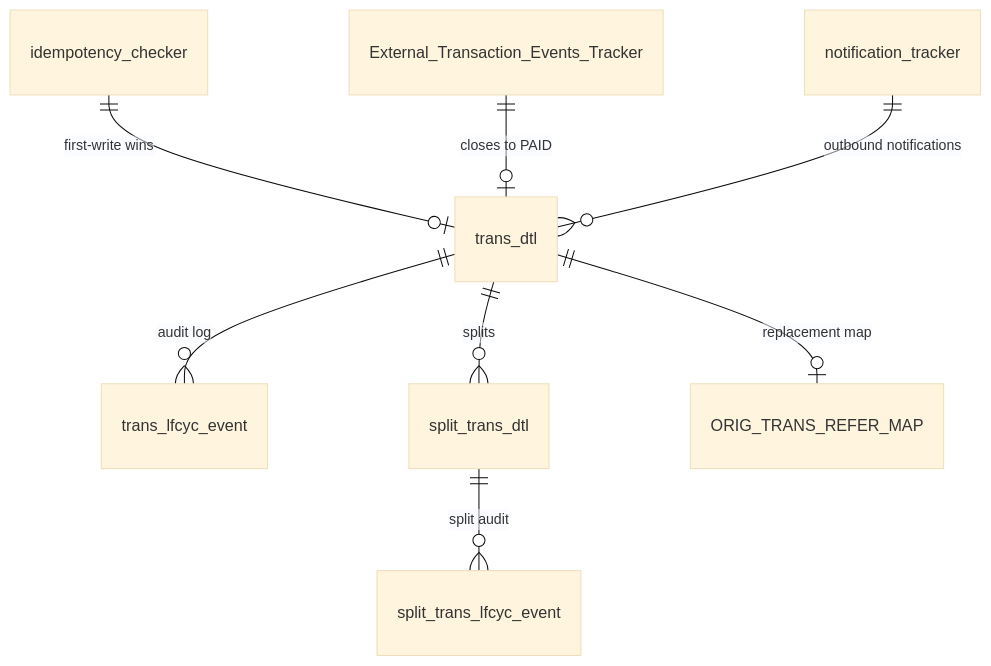
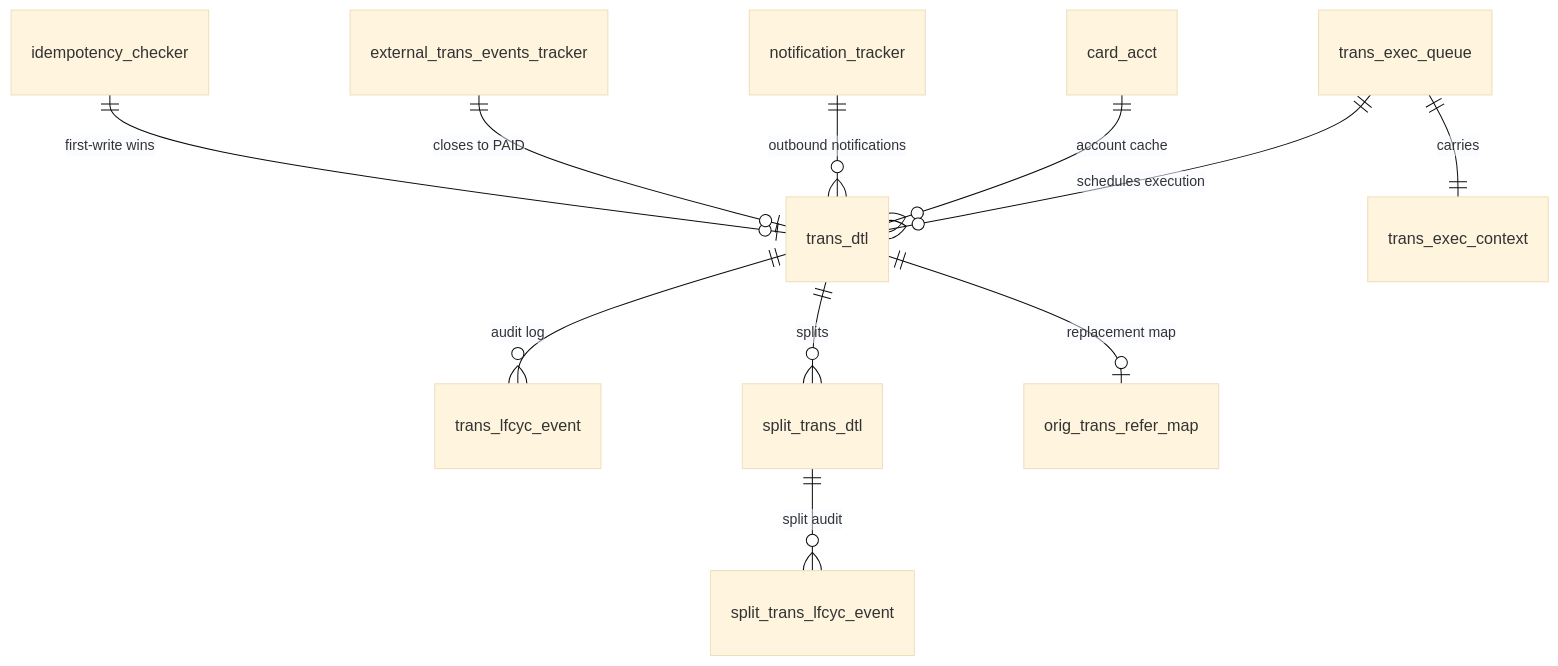
The second of 2 diagrams in docs/architecture/components.md (arunav-bhattacharya/billpay-docs), drawn with Mermaid (base theme) before and after one commit.

Commit message:
Align Storage surface ER diagram with Persistence model table names
- Rename ORIG_TRANS_REFER_MAP → orig_trans_refer_map
- Rename External_Transaction_Events_Tracker → external_trans_events_tracker
- Add the three tables that were missing from the diagram but documented
  in the Persistence model: card_acct (account cache), trans_exec_queue
  (schedules execution) and trans_exec_context (carries context)

Storage surface now shows all 10 platform tables in consistent
lowercase snake_case naming.

````diff
--- a/docs/architecture/components.md
+++ b/docs/architecture/components.md
@@ -116,10 +116,13 @@
 ```mermaid
 erDiagram
   trans_dtl ||--o{ trans_lfcyc_event : "audit log"
   trans_dtl ||--o{ split_trans_dtl   : "splits"
   split_trans_dtl ||--o{ split_trans_lfcyc_event : "split audit"
-  trans_dtl ||--o| ORIG_TRANS_REFER_MAP : "replacement map"
+  trans_dtl ||--o| orig_trans_refer_map : "replacement map"
   idempotency_checker ||--o| trans_dtl  : "first-write wins"
-  External_Transaction_Events_Tracker ||--o| trans_dtl : "closes to PAID"
+  external_trans_events_tracker ||--o| trans_dtl : "closes to PAID"
   notification_tracker ||--o{ trans_dtl : "outbound notifications"
+  card_acct ||--o{ trans_dtl : "account cache"
+  trans_exec_queue ||--o{ trans_dtl : "schedules execution"
+  trans_exec_queue ||--|| trans_exec_context : "carries"
 ```
````
